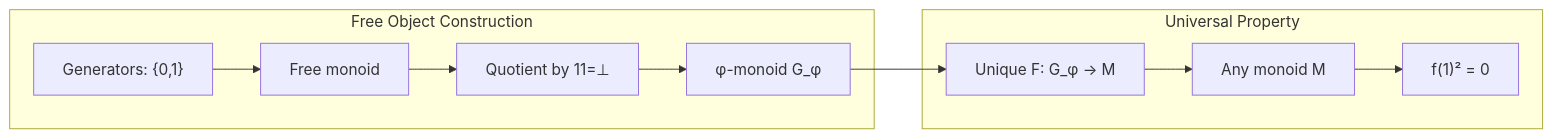
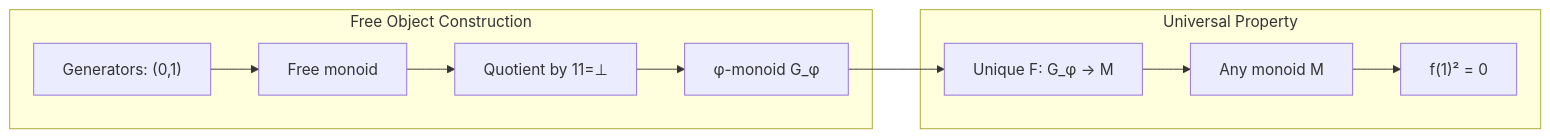
The eighth of 12 diagrams in docs/codex/volume-00-collapse-language/chapter-013-alphabet-gen.md (loning/the-binarymath), drawn with Mermaid before and after one commit. The commit also changed other lines of this file and 8 other files, not shown here.

````diff
--- a/docs/codex/volume-00-collapse-language/chapter-013-alphabet-gen.md
+++ b/docs/codex/volume-00-collapse-language/chapter-013-alphabet-gen.md
@@ -323,20 +323,20 @@
 ```mermaid
 graph LR
     subgraph "Free Object Construction"
-        GEN["Generators: {0,1}"]
+        GEN["Generators: (0,1)"]
         FREE["Free monoid"]
         QUOT["Quotient by 11=⊥"]
         PHI["φ-monoid G_φ"]
         
         GEN --> FREE --> QUOT --> PHI
     end
     
     subgraph "Universal Property"
         TARGET["Any monoid M"]
         CONSTRAINT["f(1)² = 0"]
         UNIQUE["Unique F: G_φ → M"]
         
         PHI --> UNIQUE --> TARGET
         TARGET --> CONSTRAINT
     end
 ```
````
